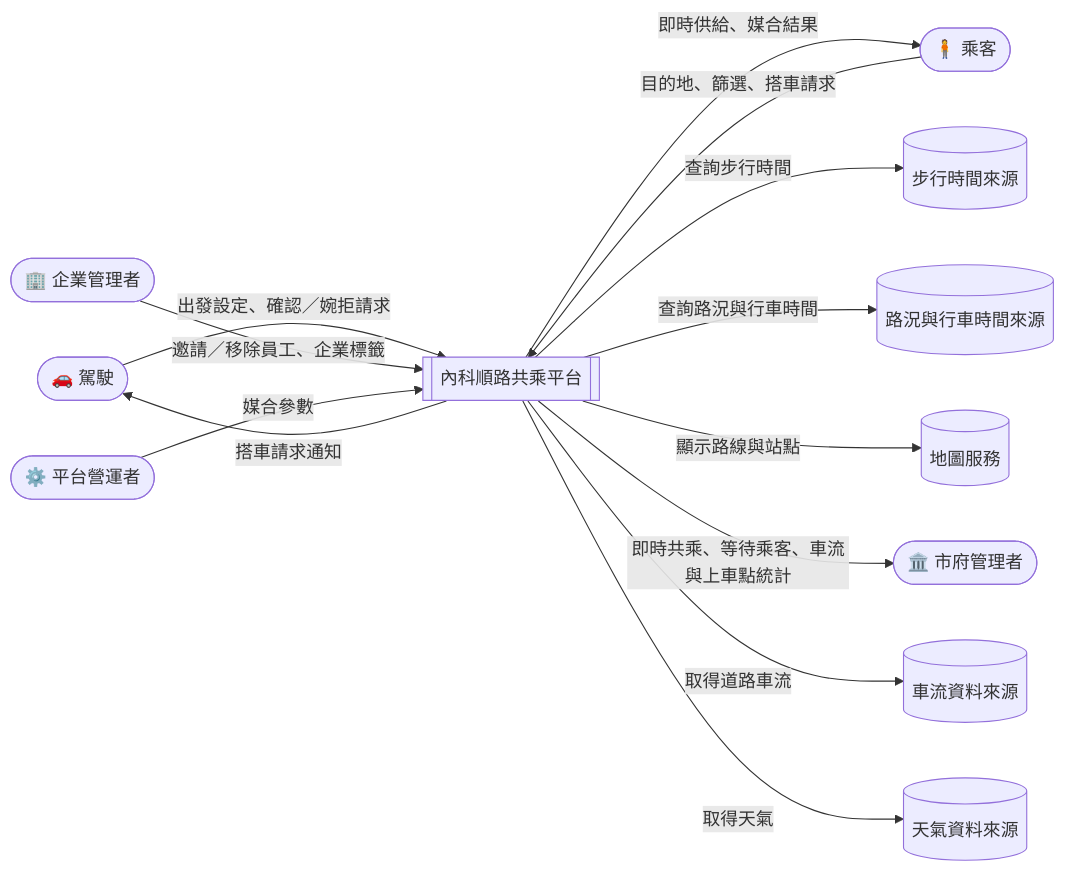
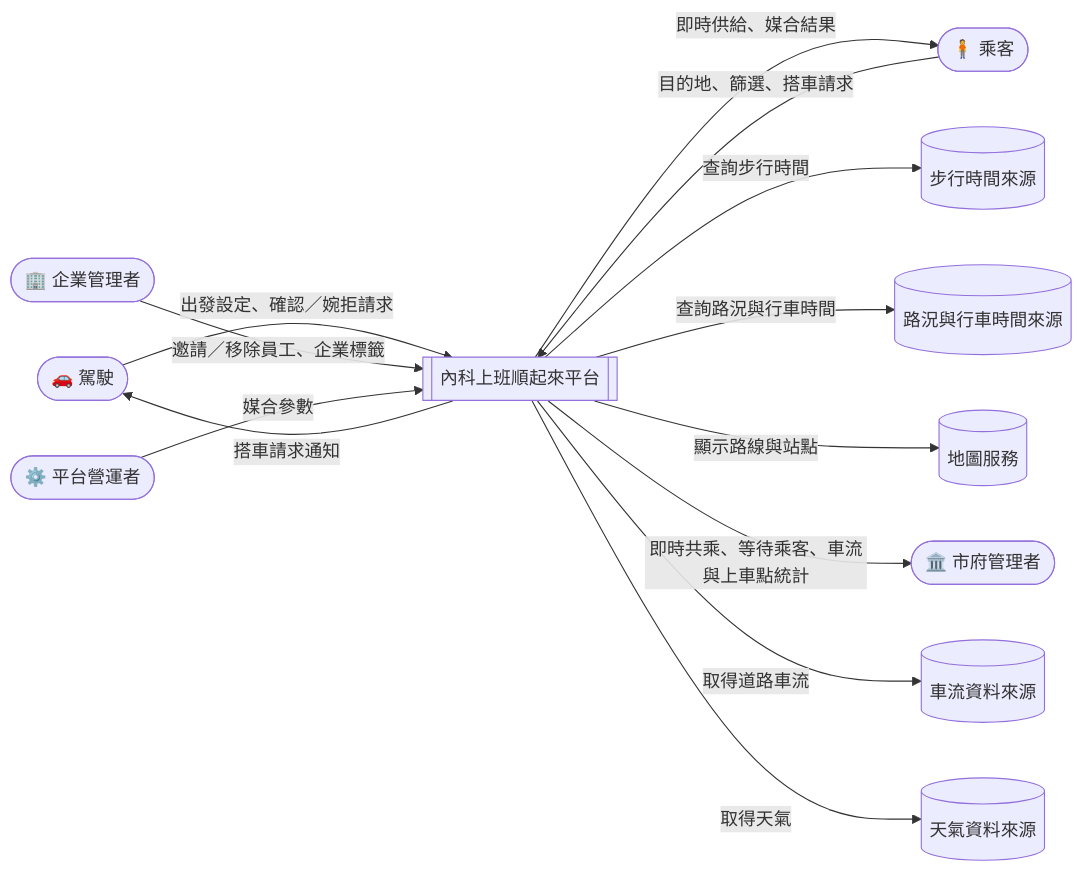
The diagram in docs/requirement.md (sohoffice/debugthon-carpool), drawn with Mermaid before and after one commit. The commit also changed other lines of this file and 1 other file, not shown here.

````diff
--- a/docs/requirement.md
+++ b/docs/requirement.md
@@ -74,27 +74,27 @@
 ```mermaid
 flowchart LR
     D([🚗 駕駛])
     P([🧍 乘客])
     E([🏢 企業管理者])
     O([⚙️ 平台營運者])
     G([🏛️ 市府管理者])
-    S[[內科順路共乘平台]]
+    S[[內科上班順起來平台]]
     W[(步行時間來源)]
     T[(路況與行車時間來源)]
     M[(地圖服務)]
     V[(車流資料來源)]
     C[(天氣資料來源)]
 
     D -- 出發設定、確認／婉拒請求 --> S
     S -- 搭車請求通知 --> D
     P -- 目的地、篩選、搭車請求 --> S
     S -- 即時供給、媒合結果 --> P
     E -- 邀請／移除員工、企業標籤 --> S
     O -- 媒合參數 --> S
     S -- 查詢步行時間 --> W
     S -- 查詢路況與行車時間 --> T
     S -- 顯示路線與站點 --> M
     S -- 即時共乘、等待乘客、車流與上車點統計 --> G
     S -- 取得道路車流 --> V
     S -- 取得天氣 --> C
 ```
````
